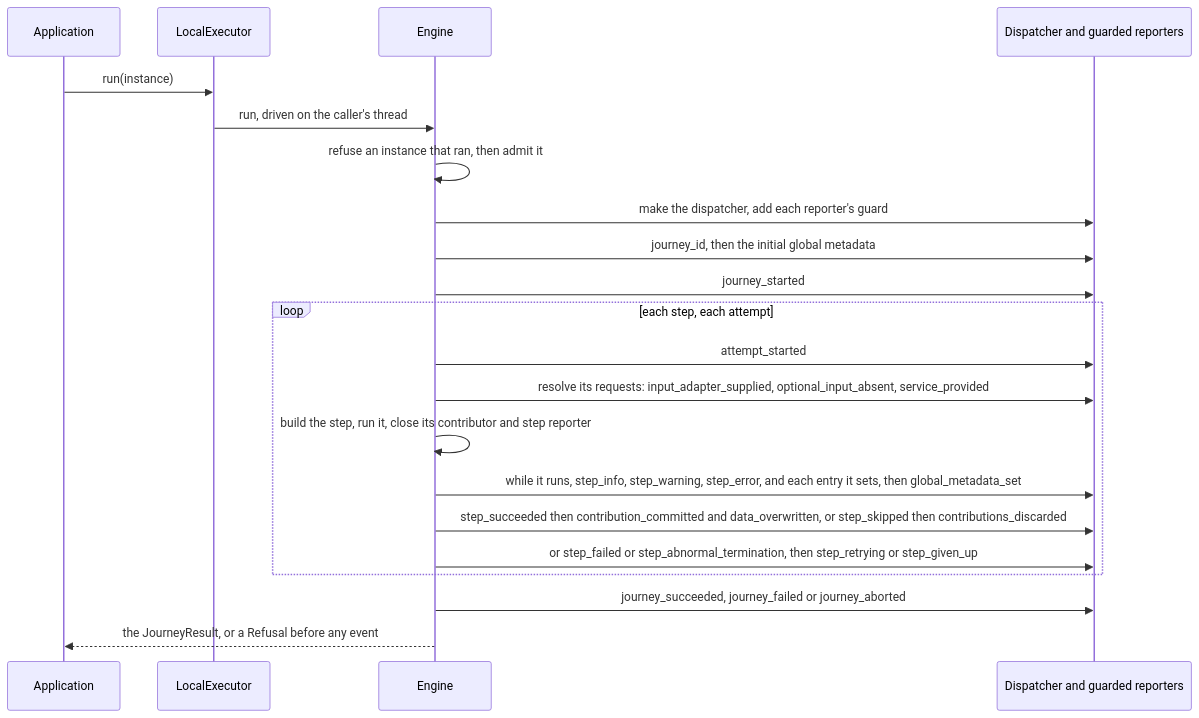
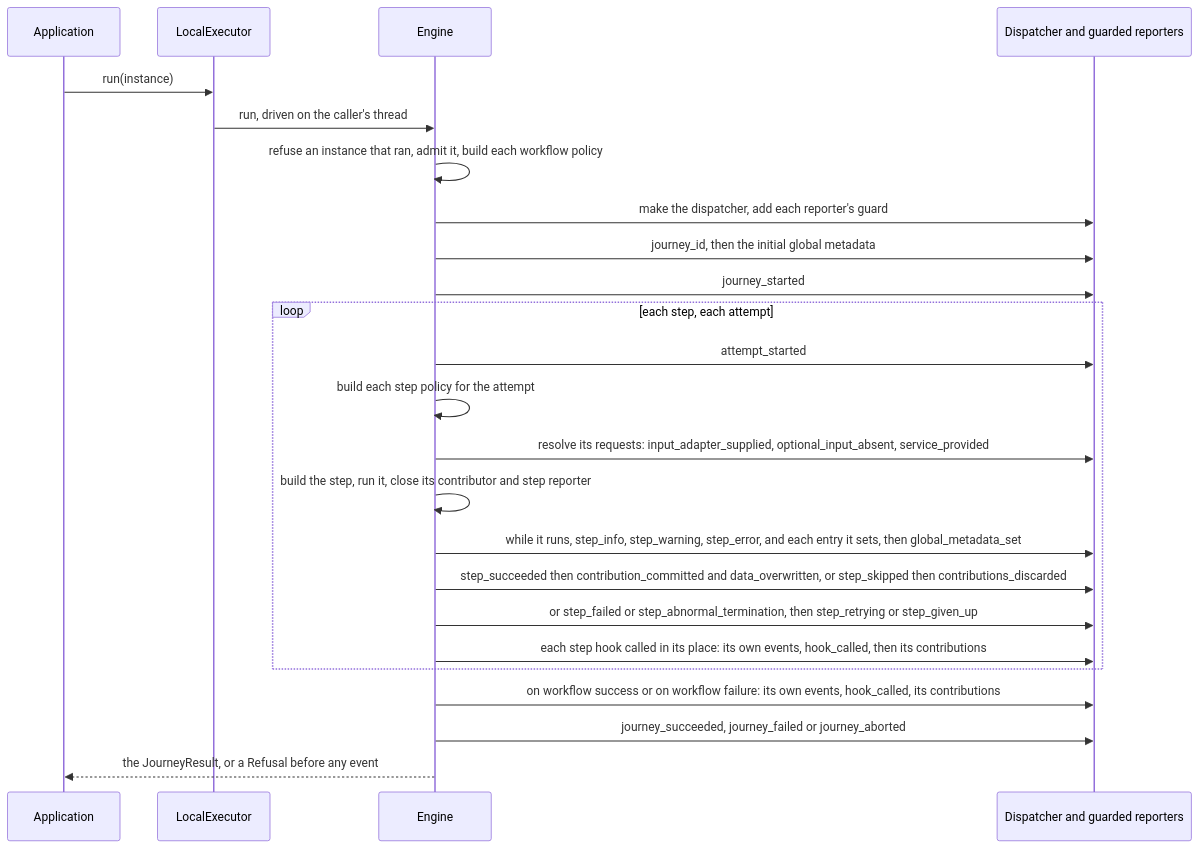
Before and after one commit to itinera-dev/itinera-j: the third of 4 diagrams in docs/architecture.md, drawn with Mermaid. The commit also changed other lines of this file and 49 other files, not shown here.

````diff
--- a/docs/architecture.md
+++ b/docs/architecture.md
@@ -79,25 +79,28 @@
 ```mermaid
 sequenceDiagram
     accTitle: How LocalExecutor runs one journey
-    accDescr: The application calls run with an instance. The executor refuses a call while it runs a journey and an instance that ran, then checks the instance for every violation, then makes the dispatcher and adds a guard for each reporter, then sets journey_id and the initial global metadata. Then the engine emits journey_started, and for each step attempts it: attempt_started, then what the step requests is resolved, its inputs first, through its input adapter, which emits input_adapter_supplied, or from the data bag, which emits optional_input_absent for an optional input with no value, then its services, whose providers emit service_provided, then the step is built and run with a contributor and a step reporter made for the attempt, through which it emits step_info, step_warning and step_error and sets global metadata, each entry reaching the reporters before global_metadata_set; a success emits step_succeeded, then contribution_committed for each key the step contributed, with data_overwritten after a key that held a value; a skip emits step_skipped and contributions_discarded, and the next step follows; a failure emits step_failed and an abnormal termination step_abnormal_termination, then step_retrying and another attempt, or step_given_up and journey_failed. Once every step succeeded or skipped, it emits journey_succeeded. An abort emits journey_aborted. The executor returns the result.
+    accDescr: The application calls run with an instance. The executor refuses a call while it runs a journey and an instance that ran, then checks the instance for every violation, then builds each workflow policy, then makes the dispatcher and adds a guard for each reporter, then sets journey_id and the initial global metadata. Then the engine emits journey_started, and for each step attempts it: attempt_started, then each step policy is built for the attempt, then what the step requests is resolved, its inputs first, through its input adapter, which emits input_adapter_supplied, or from the data bag, which emits optional_input_absent for an optional input with no value, then its services, whose providers emit service_provided, then the step is built and run with a contributor and a step reporter made for the attempt, through which it emits step_info, step_warning and step_error and sets global metadata, each entry reaching the reporters before global_metadata_set; a success emits step_succeeded, then contribution_committed for each key the step contributed, with data_overwritten after a key that held a value, then on step success is called; a skip emits step_skipped and contributions_discarded, and the next step follows; a failure emits step_failed and an abnormal termination step_abnormal_termination, after which on step abnormal termination is called, then on step retry, step_retrying and another attempt, or step_given_up, on step failure and the end of the journey. Each hook called emits what it reports, then hook_called, then what it contributed is committed. A lifecycle a step hook returns may end the journey at once. At the end, on workflow success or on workflow failure is called, then the engine emits journey_succeeded or journey_failed. An abort emits journey_aborted, and no hook runs after it. The executor returns the result.
     participant App as Application
     participant Exec as LocalExecutor
     participant Eng as Engine
     participant Disp as Dispatcher and guarded reporters
     App->>Exec: run(instance)
     Exec->>Eng: run, driven on the caller's thread
-    Eng->>Eng: refuse an instance that ran, then admit it
+    Eng->>Eng: refuse an instance that ran, admit it, build each workflow policy
     Eng->>Disp: make the dispatcher, add each reporter's guard
     Eng->>Disp: journey_id, then the initial global metadata
     Eng->>Disp: journey_started
     loop each step, each attempt
         Eng->>Disp: attempt_started
+        Eng->>Eng: build each step policy for the attempt
         Eng->>Disp: resolve its requests: input_adapter_supplied, optional_input_absent, service_provided
         Eng->>Eng: build the step, run it, close its contributor and step reporter
         Eng->>Disp: while it runs, step_info, step_warning, step_error, and each entry it sets, then global_metadata_set
         Eng->>Disp: step_succeeded then contribution_committed and data_overwritten, or step_skipped then contributions_discarded
         Eng->>Disp: or step_failed or step_abnormal_termination, then step_retrying or step_given_up
+        Eng->>Disp: each step hook called in its place: its own events, hook_called, then its contributions
     end
+    Eng->>Disp: on workflow success or on workflow failure: its own events, hook_called, its contributions
     Eng->>Disp: journey_succeeded, journey_failed or journey_aborted
     Eng-->>App: the JourneyResult, or a Refusal before any event
 ```
````
